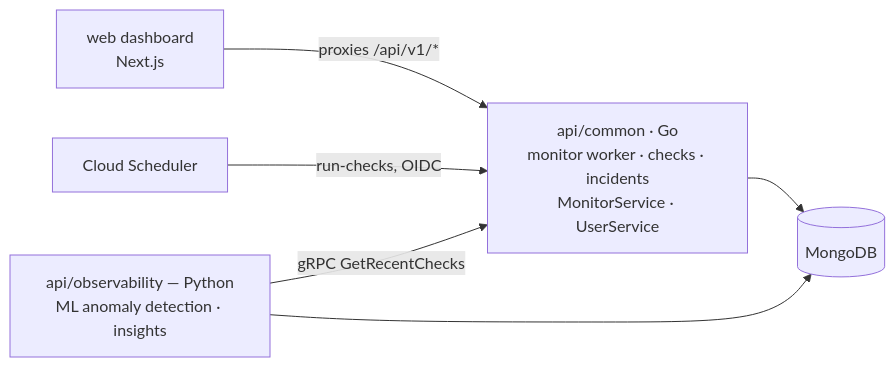
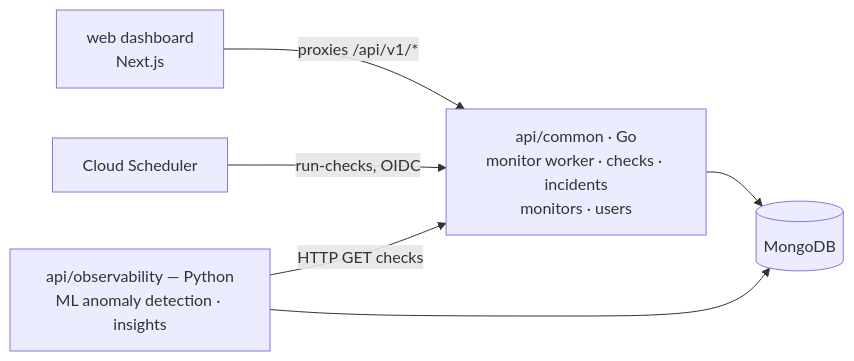
Before and after one commit to cuesoftinc/upstat: the diagram in docs/overview.md, drawn with Mermaid. The commit also changed other lines of this file and 77 other files, not shown here.

Commit message:
refactor: replace product gRPC with HTTP and remove Envoy (#285)

````diff
--- a/docs/overview.md
+++ b/docs/overview.md
@@ -9,8 +9,8 @@
 ```mermaid
 flowchart LR
-    WEB[web dashboard<br/>Next.js] -->|proxies /api/v1/*| AC[api/common · Go<br/>monitor worker · checks · incidents<br/>MonitorService · UserService]
+    WEB[web dashboard<br/>Next.js] -->|proxies /api/v1/*| AC[api/common · Go<br/>monitor worker · checks · incidents<br/>monitors · users]
     SCH[Cloud Scheduler] -->|run-checks, OIDC| AC
-    OBS[api/observability — Python<br/>ML anomaly detection · insights] -->|gRPC GetRecentChecks| AC
+    OBS[api/observability — Python<br/>ML anomaly detection · insights] -->|HTTP GET checks| AC
     AC --> MG[(MongoDB)]
     OBS --> MG
 ```
````
